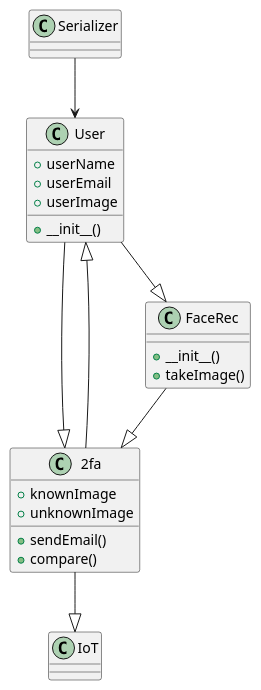
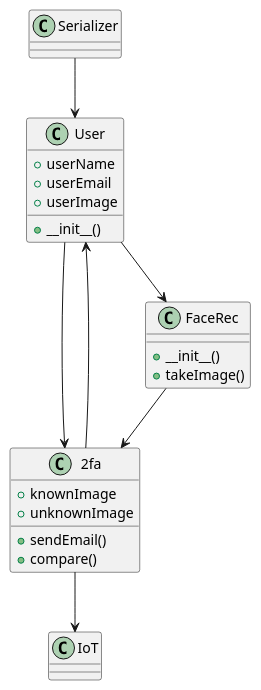
Before and after one commit to Tuukka-B/IoT-Face-Recognition: the second of 2 diagrams in README.md, drawn with PlantUML.

````diff
--- a/README.md
+++ b/README.md
@@ -127,37 +127,37 @@
 ```plantuml
 @startuml
     class User {
         +userName
         +userEmail
         +userImage
         +__init__()
     }
     
     class 2fa {
         +knownImage
         +unknownImage
         +sendEmail()
         +compare()
     }
     
     class IoT {
         
     }
     
     class Serializer {
     }
     
     class FaceRec {
         +__init__()
         +takeImage()
     }
     
-    User --|> FaceRec
-    FaceRec --|> 2fa
-    2fa --|> User
-    User --|> 2fa
-    2fa --|> IoT
+    User --> FaceRec
+    FaceRec --> 2fa
+    2fa --> User
+    User --> 2fa
+    2fa --> IoT
     Serializer --> User
     
 @enduml
 ```
````
